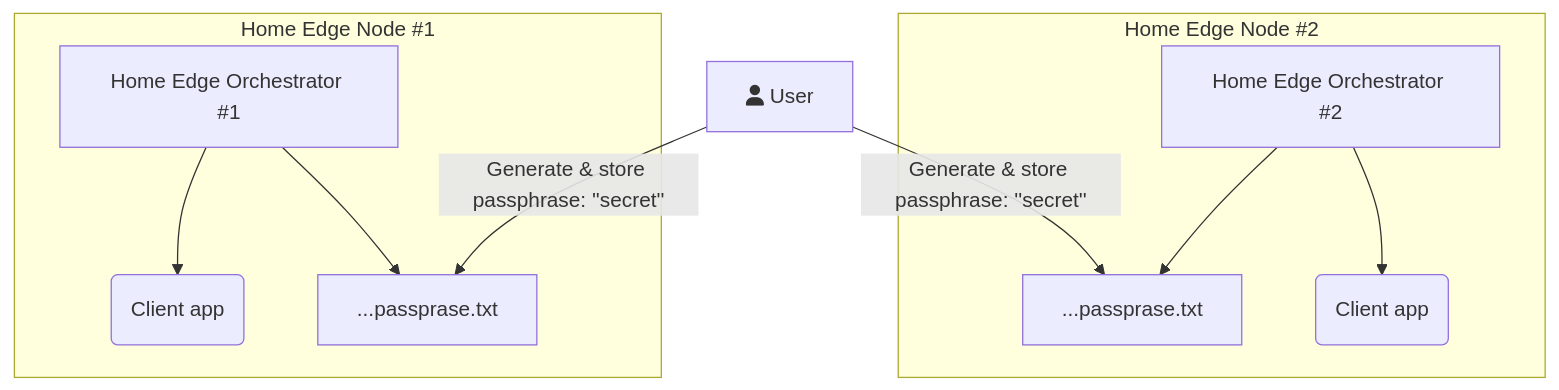
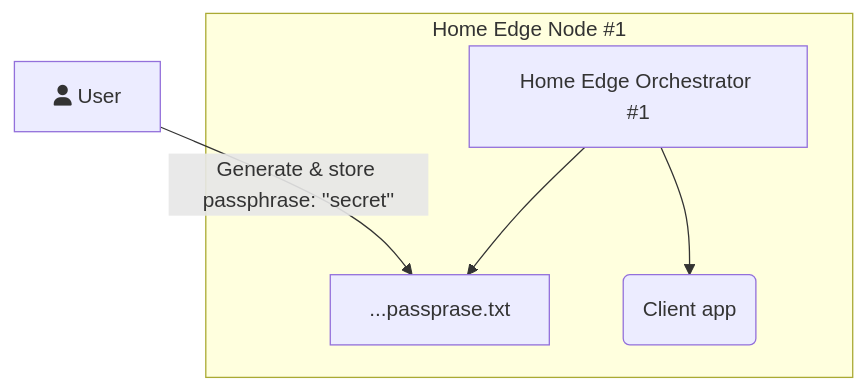
One commit to tdrozdovsky/crib changed the diagram in README.md. Above: the diagram before and after it, drawn with Mermaid.

````diff
--- a/README.md
+++ b/README.md
@@ -3,16 +3,10 @@
 ```mermaid
 graph TD
 	A[fa:fa-user User] -->|Generate & store passphrase: ''secret''| Storage1(Home Edge Orchestrator #1)
-	A[fa:fa-user User] -->|Generate & store passphrase: ''secret''| Storage2(Home Edge Orchestrator #2)
     
-subgraph Home Edge Node #2
-    HEO2[Home Edge Orchestrator #2]-->Storage2[...passprase.txt]
-    HEO2[Home Edge Orchestrator #2]-->CAPP2(Client app)
-end	
-
 subgraph Home Edge Node #1
     HEO1[Home Edge Orchestrator #1]-->CAPP1(Client app)
     HEO1[Home Edge Orchestrator #1]-->Storage1[...passprase.txt]
 end	
 
 ```
````
